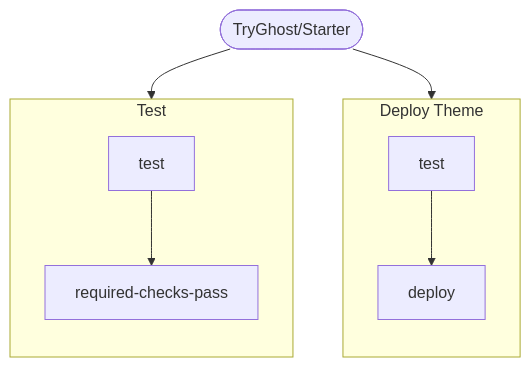
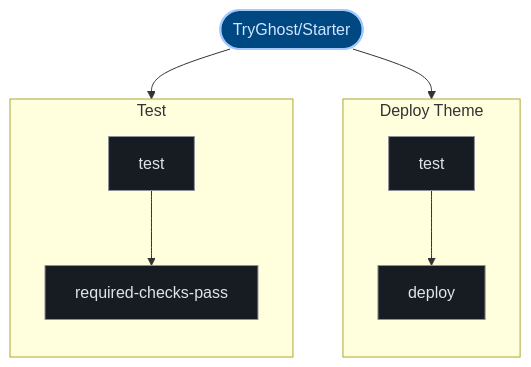
Before and after one commit to kumarshaz/atruss-code-atlas: the third of 3 diagrams in exports/latest/reports/TryGhost-Starter-report.md, drawn with Mermaid. The commit also changed other lines of this file and 331 other files, not shown here.

Commit message:
docs,ui,fix: update SDLC docs, reorder CI/CD DAG first, stylize Mermaid, and fix Arc42 pipeline topology

````diff
--- a/exports/latest/reports/TryGhost-Starter-report.md
+++ b/exports/latest/reports/TryGhost-Starter-report.md
@@ -115,18 +126,25 @@
 ```mermaid
 graph TD;
-  pipeline_root(["TryGhost/Starter"])
+  classDef atlasRoot fill:#004882,stroke:#a3c9ff,stroke-width:2px,color:#d3e4ff
+  classDef atlasCategory fill:#212428,stroke:#E87A48,stroke-width:1.5px,color:#dfe3eb
+  classDef atlasWorkflow fill:#1b2026,stroke:#a3c9ff,stroke-width:1.5px,color:#dfe3eb
+  classDef atlasJob fill:#171c22,stroke:#8d9199,stroke-width:1px,color:#dfe3eb
+  classDef atlasTarget fill:#005227,stroke:#8bd99b,stroke-width:1.5px,color:#a7f6b6
+  classDef atlasAlert fill:#93000a,stroke:#ffb4ab,stroke-width:1.5px,color:#ffdad6
+  classDef atlasMore fill:#252a31,stroke:#8d9199,stroke-dasharray:4 4,color:#c3c6cf
+  pipeline_root(["TryGhost/Starter"]):::atlasRoot
   subgraph Deploy_Theme_0["Deploy Theme"]
     direction TB
-    0_test["test"]
-    0_deploy["deploy"]
+    0_test["test"]:::atlasJob
+    0_deploy["deploy"]:::atlasJob
     0_test --> 0_deploy
   end
   pipeline_root --> 0_test
   subgraph Test_1["Test"]
     direction TB
-    1_test["test"]
-    1_required_checks_pass["required-checks-pass"]
+    1_test["test"]:::atlasJob
+    1_required_checks_pass["required-checks-pass"]:::atlasJob
     1_test --> 1_required_checks_pass
   end
   pipeline_root --> 1_test
 ```
````
